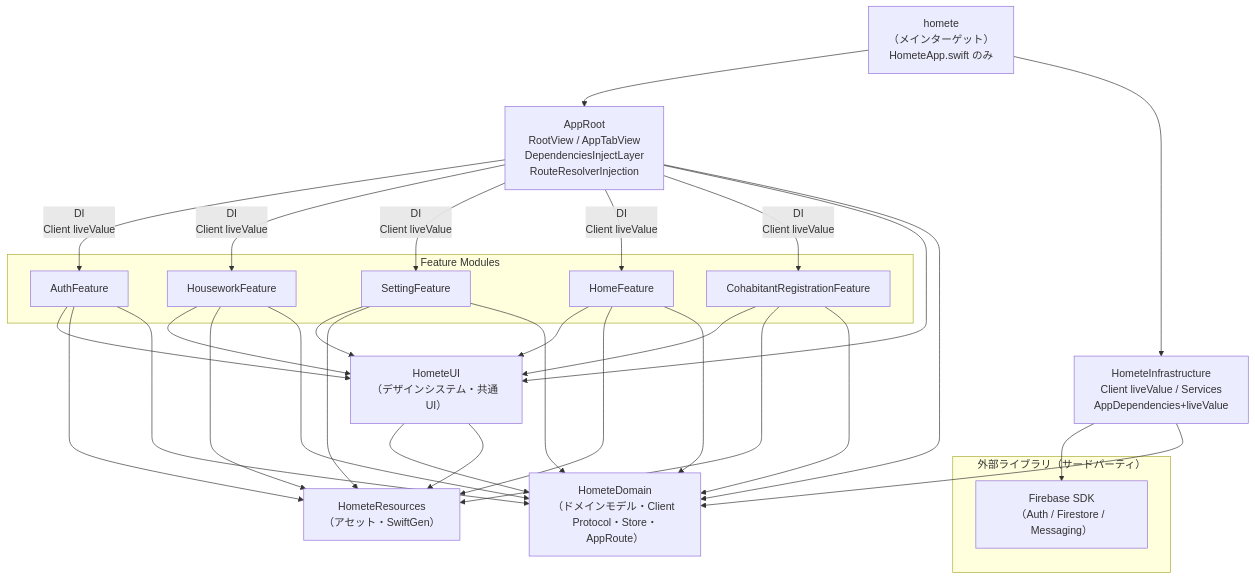
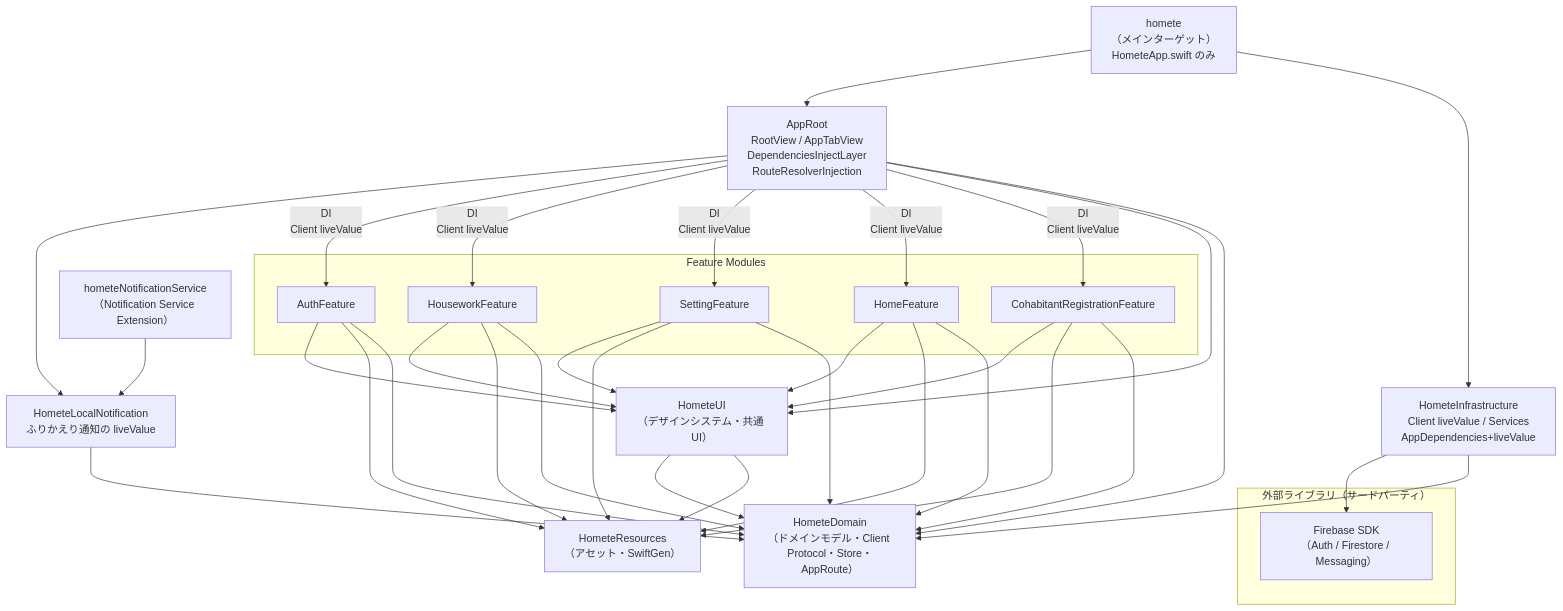
The diagram in doc/multimodules_structure.md (stotic-dev/homete_iOS), drawn with Mermaid before and after one commit. The commit also changed other lines of this file and 3 other files, not shown here.

````diff
--- a/doc/multimodules_structure.md
+++ b/doc/multimodules_structure.md
@@ -64,59 +72,65 @@
 ```mermaid
 graph TD
     subgraph ExternalLibs["外部ライブラリ（サードパーティ）"]
         Firebase["Firebase SDK\n（Auth / Firestore / Messaging）"]
     end
 
     homete["homete\n（メインターゲット）\nHometeApp.swift のみ"]
 
     AppRoot["AppRoot\nRootView / AppTabView\nDependenciesInjectLayer\nRouteResolverInjection"]
 
     HometeInfrastructure["HometeInfrastructure\nClient liveValue / Services\nAppDependencies+liveValue"]
 
     subgraph Features["Feature Modules"]
         AuthFeature
         HouseworkFeature
         SettingFeature
         HomeFeature
         CohabitantRegistrationFeature
     end
 
     HometeUI["HometeUI\n（デザインシステム・共通 UI）"]
     HometeResources["HometeResources\n（アセット・SwiftGen）"]
     HometeDomain["HometeDomain\n（ドメインモデル・Client Protocol・Store・AppRoute）"]
 
     homete --> AppRoot
     homete --> HometeInfrastructure
 
     HometeInfrastructure --> Firebase
     HometeInfrastructure --> HometeDomain
 
+    HometeLocalNotification["HometeLocalNotification\nふりかえり通知の liveValue"]
+    hometeNotificationService["hometeNotificationService\n（Notification Service Extension）"]
+    AppRoot --> HometeLocalNotification
+    hometeNotificationService --> HometeLocalNotification
+    HometeLocalNotification --> HometeDomain
+
     AppRoot -->|DI \n Client liveValue| AuthFeature
     AppRoot -->|DI \n Client liveValue| HouseworkFeature
     AppRoot -->|DI \n Client liveValue| SettingFeature
     AppRoot -->|DI \n Client liveValue| HomeFeature
     AppRoot -->|DI \n Client liveValue| CohabitantRegistrationFeature
     AppRoot --> HometeUI
     AppRoot --> HometeDomain
 
     AuthFeature --> HometeUI
     HouseworkFeature --> HometeUI
     SettingFeature --> HometeUI
     HomeFeature --> HometeUI
     CohabitantRegistrationFeature --> HometeUI
 
     AuthFeature --> HometeResources
     HouseworkFeature --> HometeResources
     SettingFeature --> HometeResources
     HomeFeature --> HometeResources
     CohabitantRegistrationFeature --> HometeResources
 
     AuthFeature --> HometeDomain
     HouseworkFeature --> HometeDomain
     SettingFeature --> HometeDomain
     HomeFeature --> HometeDomain
     CohabitantRegistrationFeature --> HometeDomain
 
     HometeUI --> HometeDomain
     HometeUI --> HometeResources
 ```
````
